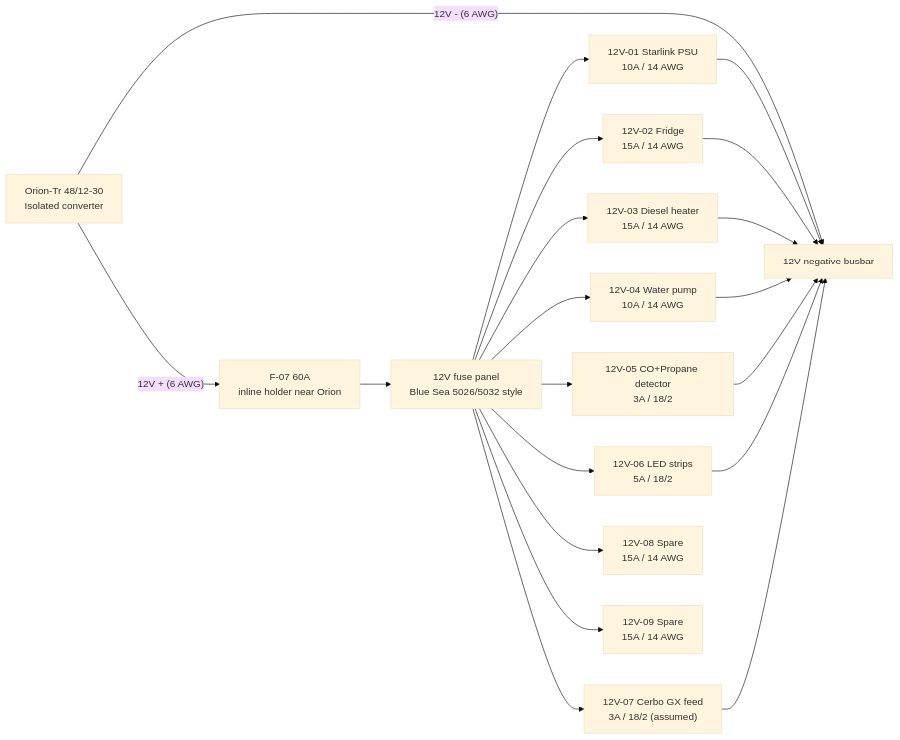
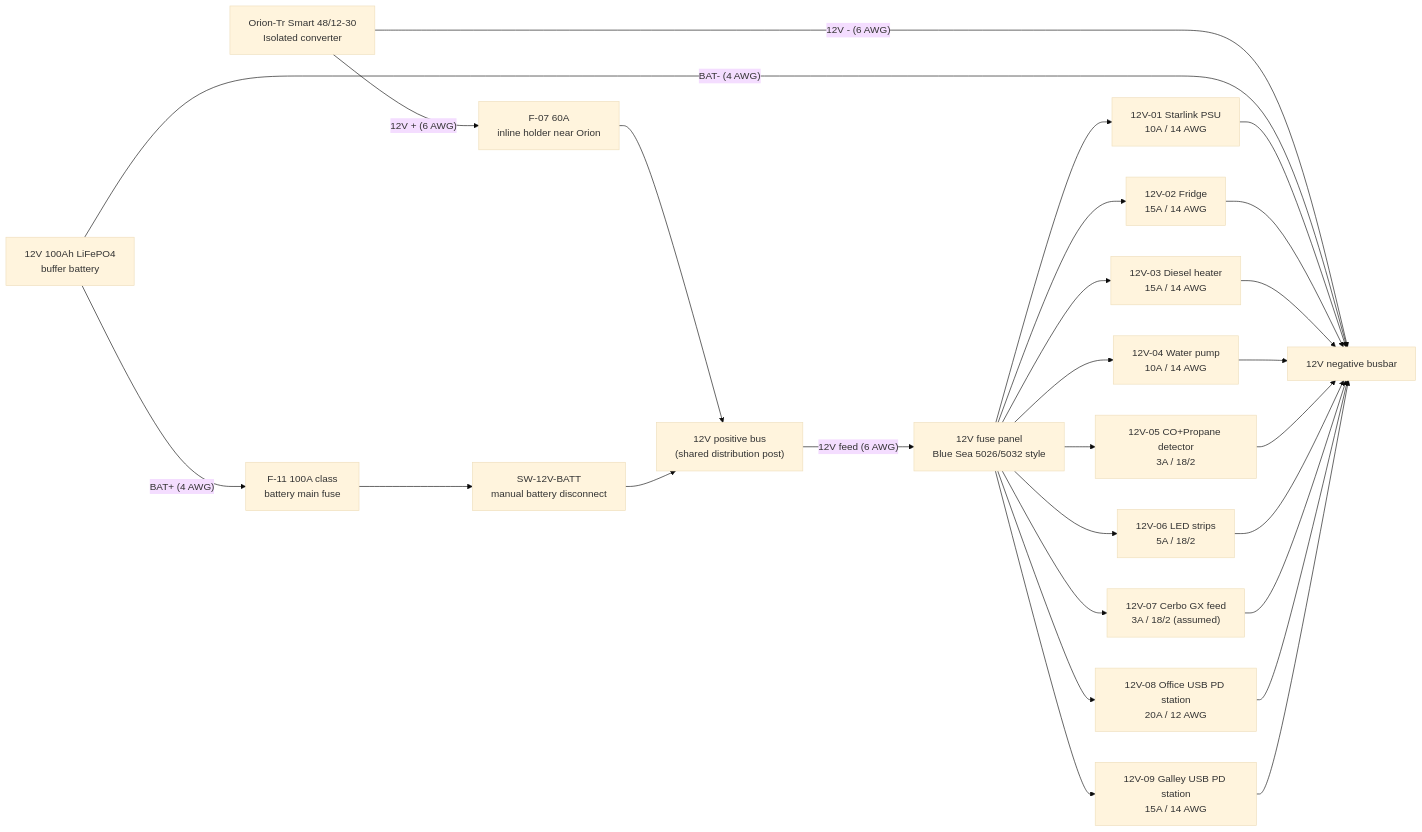
Before and after one commit to DataDaneDev/HiatusBuild: the second of 4 diagrams in docs/ELECTRICAL_overview_diagram.md, drawn with Mermaid (base theme). The commit also changed other lines of this file and 13 other files, not shown here.

````diff
--- a/docs/ELECTRICAL_overview_diagram.md
+++ b/docs/ELECTRICAL_overview_diagram.md
@@ -91,38 +106,47 @@
 ```mermaid
 flowchart LR
-    ORION["Orion-Tr 48/12-30\nIsolated converter"]
+    ORION["Orion-Tr Smart 48/12-30\nIsolated converter"]
     F07["F-07 60A\ninline holder near Orion"]
+    P12["12V positive bus\n(shared distribution post)"]
     PANEL["12V fuse panel\nBlue Sea 5026/5032 style"]
     N12["12V negative busbar"]
+    B12["12V 100Ah LiFePO4\nbuffer battery"]
+    F11["F-11 100A class\nbattery main fuse"]
+    SW12["SW-12V-BATT\nmanual battery disconnect"]
 
     STAR["12V-01 Starlink PSU\n10A / 14 AWG"]
     FRIDGE["12V-02 Fridge\n15A / 14 AWG"]
     HEATER["12V-03 Diesel heater\n15A / 14 AWG"]
     PUMP["12V-04 Water pump\n10A / 14 AWG"]
     DET["12V-05 CO+Propane detector\n3A / 18/2"]
     LED["12V-06 LED strips\n5A / 18/2"]
     CERBO_PWR["12V-07 Cerbo GX feed\n3A / 18/2 (assumed)"]
-    SP1["12V-08 Spare\n15A / 14 AWG"]
-    SP2["12V-09 Spare\n15A / 14 AWG"]
+    USB_OFFICE["12V-08 Office USB PD station\n20A / 12 AWG"]
+    USB_GALLEY["12V-09 Galley USB PD station\n15A / 14 AWG"]
 
-    ORION -- "12V + (6 AWG)" --> F07 --> PANEL
+    ORION -- "12V + (6 AWG)" --> F07 --> P12
     ORION -- "12V - (6 AWG)" --> N12
+    B12 -- "BAT+ (4 AWG)" --> F11 --> SW12 --> P12
+    B12 -- "BAT- (4 AWG)" --> N12
+    P12 -- "12V feed (6 AWG)" --> PANEL
 
     PANEL --> STAR
     PANEL --> FRIDGE
     PANEL --> HEATER
     PANEL --> PUMP
     PANEL --> DET
     PANEL --> LED
     PANEL --> CERBO_PWR
-    PANEL --> SP1
-    PANEL --> SP2
+    PANEL --> USB_OFFICE
+    PANEL --> USB_GALLEY
 
     STAR --> N12
     FRIDGE --> N12
     HEATER --> N12
     PUMP --> N12
     DET --> N12
     LED --> N12
     CERBO_PWR --> N12
+    USB_OFFICE --> N12
+    USB_GALLEY --> N12
 ```
````
